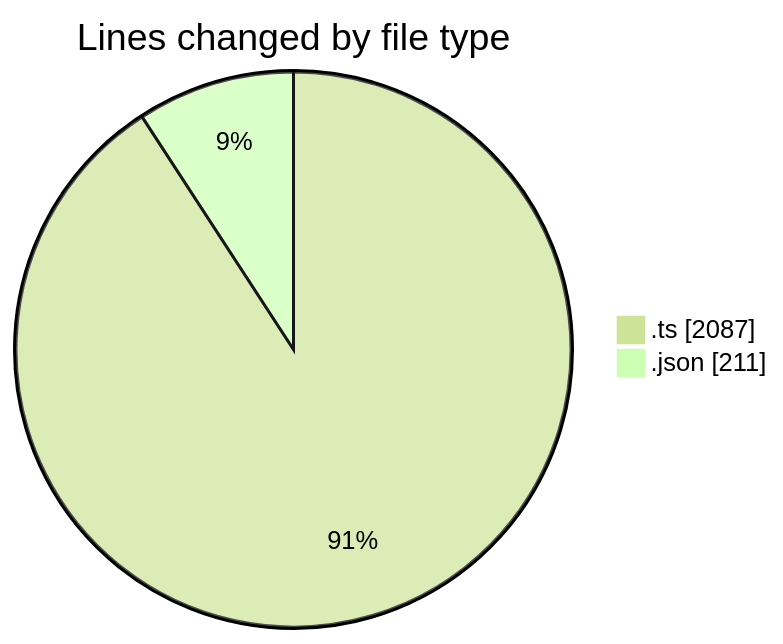
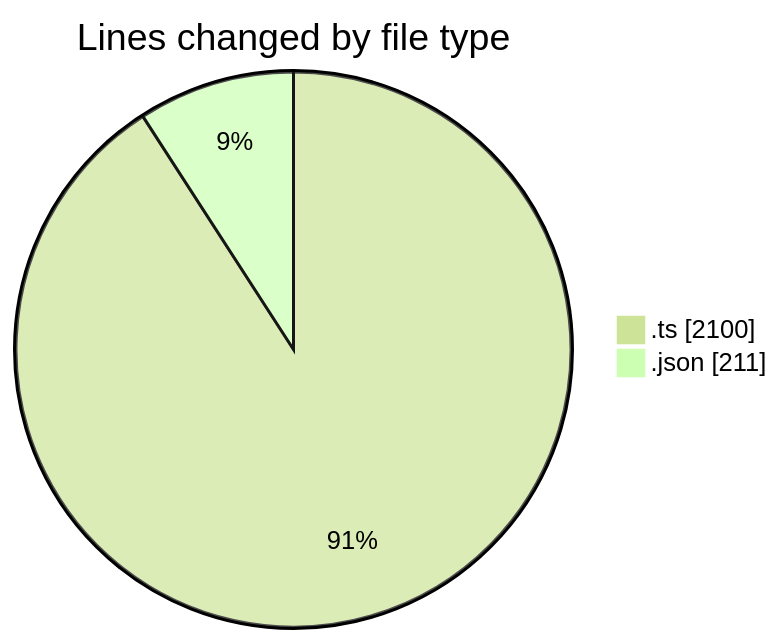
The first of 2 diagrams in 2026-11-04/cda/README.md (momahboobian/code-tracking), drawn with Mermaid (forest theme) before and after one commit. The commit also changed other lines of this file and 1 other file, not shown here.

````diff
--- a/2026-11-04/cda/README.md
+++ b/2026-11-04/cda/README.md
@@ -23,6 +23,6 @@
 ```mermaid
 pie showData
 title Lines changed by file type
-".ts" : 2087
+".ts" : 2100
 ".json" : 211
 ```
````
